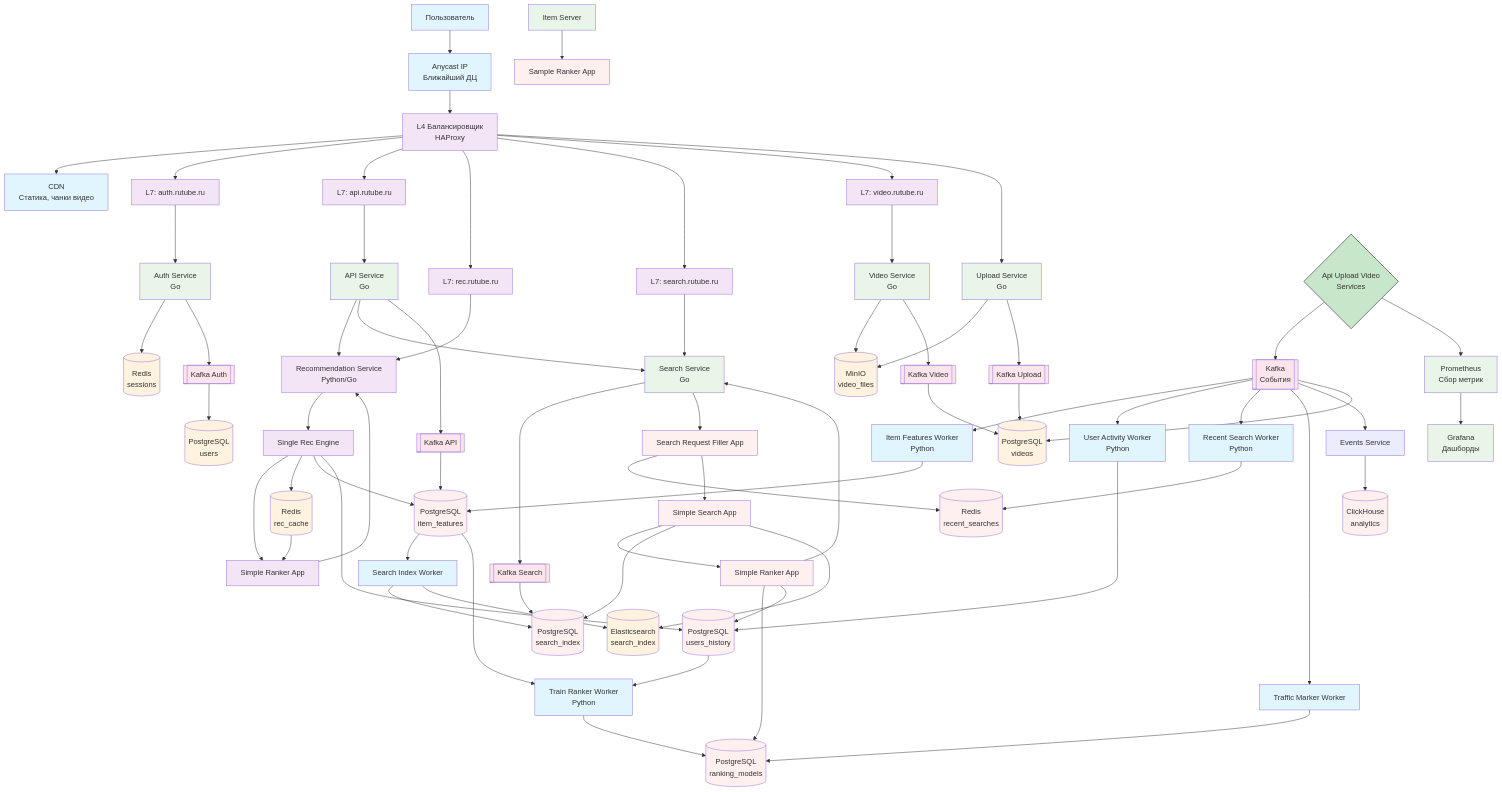
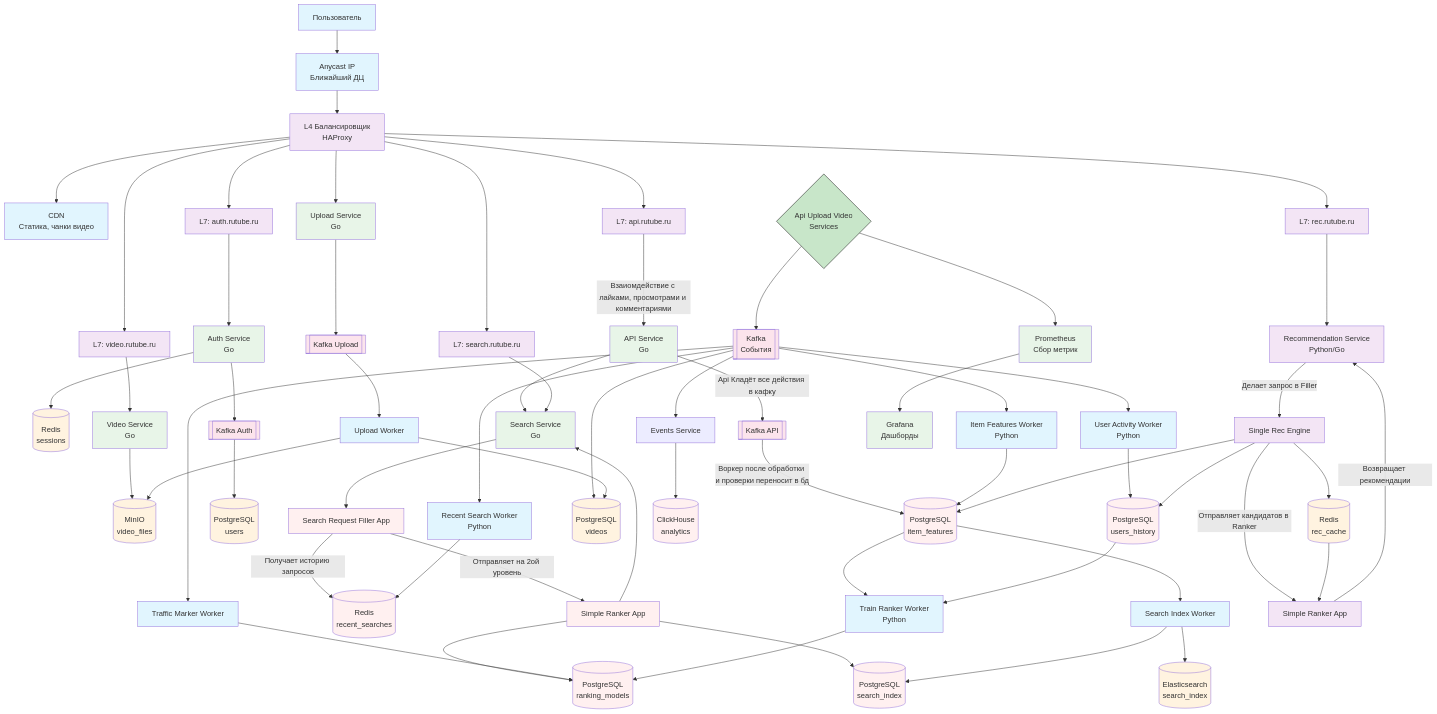
Before and after one commit to SH1SH4/VK-Education-Highload: the third of 3 diagrams in README.md, drawn with Mermaid. The commit also changed other lines of this file, not shown here.

````diff
--- a/README.md
+++ b/README.md
@@ -648,40 +607,39 @@
     L4_EXT --> CDN["CDN<br>Статика, чанки видео"] & L7_AUTH["L7: auth.rutube.ru"] & L7_API["L7: api.rutube.ru"] & L7_REC["L7: rec.rutube.ru"] & L7_SEARCH["L7: search.rutube.ru"] & n1["L7: video.rutube.ru"] & UPLOAD_SERVICE["Upload Service<br>Go"]
     L7_AUTH --> AUTH_SERVICE["Auth Service<br>Go"]
     AUTH_SERVICE --> REDIS[("Redis<br>sessions")] & KAFKA_AUTH[["Kafka Auth"]]
-    L7_API --> API_SERVICE["API Service<br>Go"]
-    API_SERVICE --> REC_SERVICE["Recommendation Service<br>Python/Go"] & SEARCH_SERVICE["Search Service<br>Go"] & KAFKA_API[["Kafka API"]]
-    VIDEO_SERVICE["Video Service<br>Go"] --> MINIO[("MinIO<br>video_files")] & KAFKA_VIDEO[["Kafka Video"]]
-    UPLOAD_SERVICE --> MINIO & KAFKA_UPLOAD[["Kafka Upload"]]
-    L7_REC --> REC_SERVICE
-    REC_SERVICE --> REC_ENGINE_SINGLE["Single Rec Engine"]
+    L7_API -- Взаиомдействие с лайками, просмотрами и комментариями --> API_SERVICE["API Service<br>Go"]
+    API_SERVICE --> SEARCH_SERVICE["Search Service<br>Go"]
+    API_SERVICE -- Api Кладёт все действия в кафку --> KAFKA_API[["Kafka API"]]
+    VIDEO_SERVICE["Video Service<br>Go"] --> MINIO[("MinIO<br>video_files")]
+    UPLOAD_SERVICE --> KAFKA_UPLOAD[["Kafka Upload"]]
+    L7_REC --> REC_SERVICE["Recommendation Service<br>Python/Go"]
+    REC_SERVICE -- Делает запрос в Filler --> REC_ENGINE_SINGLE["Single Rec Engine"]
     L7_SEARCH --> SEARCH_SERVICE
-    SEARCH_SERVICE --> KAFKA_SEARCH[["Kafka Search"]] & REQUEST_FILLER["Search Request Filler App"]
+    SEARCH_SERVICE --> REQUEST_FILLER["Search Request Filler App"]
     KAFKA_AUTH --> PG_AUTH[("PostgreSQL<br>users")]
-    KAFKA_API --> ITEM_FEATURES_DB[("PostgreSQL<br>item_features")]
-    KAFKA_VIDEO --> PG_VIDEO[("PostgreSQL<br>videos")]
-    KAFKA_UPLOAD --> PG_VIDEO
-    KAFKA_SEARCH --> SEARCH_INDEX_DB[("PostgreSQL<br>search_index")]
-    SEARCH_APP["Simple Search App"] --> SEARCH_RANKER["Simple Ranker App"] & SEARCH_INDEX_DB & ES[("Elasticsearch<br>search_index")]
-    SEARCH_RANKER --> RANKING_MODELS_DB[("PostgreSQL<br>ranking_models")] & SEARCH_SERVICE & USERS_HISTORY_DB[("PostgreSQL<br>users_history")]
-    REQUEST_FILLER --> RECENT_SEARCHES_DB[("Redis<br>recent_searches")] & SEARCH_APP
-    KAFKA[["Kafka<br>События"]] --> ITEM_FEATURES_WORKER["Item Features Worker<br>Python"] & USER_ACTIVITY_WORKER["User Activity Worker<br>Python"] & RECENT_SEARCH_WORKER["Recent Search Worker<br>Python"] & TRAFFIC_MARKER_WORKER["Traffic Marker Worker"] & EVENTS_SERVICE["Events Service"] & PG_VIDEO
+    KAFKA_API -- Воркер после обработки и проверки переносит в бд --> ITEM_FEATURES_DB[("PostgreSQL<br>item_features")]
+    KAFKA_UPLOAD --> n3["Upload Worker"]
+    SEARCH_RANKER["Simple Ranker App"] --> RANKING_MODELS_DB[("PostgreSQL<br>ranking_models")] & SEARCH_SERVICE & SEARCH_INDEX_DB[("PostgreSQL<br>search_index")]
+    REQUEST_FILLER -- "<span style=background-color:>Получает историю запросов</span>" --> RECENT_SEARCHES_DB[("Redis<br>recent_searches")]
+    KAFKA[["Kafka<br>События"]] --> ITEM_FEATURES_WORKER["Item Features Worker<br>Python"] & USER_ACTIVITY_WORKER["User Activity Worker<br>Python"] & RECENT_SEARCH_WORKER["Recent Search Worker<br>Python"] & TRAFFIC_MARKER_WORKER["Traffic Marker Worker"] & EVENTS_SERVICE["Events Service"] & PG_VIDEO[("PostgreSQL<br>videos")]
     ITEM_FEATURES_WORKER --> ITEM_FEATURES_DB
     ITEM_FEATURES_DB --> SEARCH_INDEX_WORKER["Search Index Worker"] & TRAIN_RANKER_WORKER["Train Ranker Worker<br>Python"]
-    SEARCH_INDEX_WORKER --> SEARCH_INDEX_DB & ES
-    USER_ACTIVITY_WORKER --> USERS_HISTORY_DB
+    SEARCH_INDEX_WORKER --> SEARCH_INDEX_DB & ES[("Elasticsearch<br>search_index")]
+    USER_ACTIVITY_WORKER --> USERS_HISTORY_DB[("PostgreSQL<br>users_history")]
     RECENT_SEARCH_WORKER --> RECENT_SEARCHES_DB
     TRAFFIC_MARKER_WORKER --> RANKING_MODELS_DB
     USERS_HISTORY_DB --> TRAIN_RANKER_WORKER
     TRAIN_RANKER_WORKER --> RANKING_MODELS_DB
     EVENTS_SERVICE --> DWH_DB[("ClickHouse<br>analytics")]
-    ITEM_SERVER["Item Server"] --> SAMPLE_RANKER_APP["Sample Ranker App"]
     PROMETHEUS["Prometheus<br>Сбор метрик"] --> GRAFANA["Grafana<br>Дашборды"]
     n1 --> VIDEO_SERVICE
     n2["Api Upload Video<br>Services"] --> KAFKA & PROMETHEUS
-    REC_ENGINE_RANKER["Simple Ranker App"] --> REC_SERVICE
-    REC_ENGINE_SINGLE --> REC_ENGINE_RANKER & REDIS_REC[("Redis<br>rec_cache")] & ITEM_FEATURES_DB
+    REC_ENGINE_RANKER["Simple Ranker App"] -- Возвращает рекомендации --> REC_SERVICE
+    REC_ENGINE_SINGLE -- Отправляет кандидатов в Ranker --> REC_ENGINE_RANKER
+    REC_ENGINE_SINGLE --> REDIS_REC[("Redis<br>rec_cache")] & ITEM_FEATURES_DB & USERS_HISTORY_DB
     REDIS_REC --> REC_ENGINE_RANKER
-    REC_ENGINE_SINGLE --> USERS_HISTORY_DB
+    n3 --> MINIO & PG_VIDEO
+    REQUEST_FILLER -- Отправляет на 2ой уровень --> SEARCH_RANKER
     n1@{ shape: rect}
     n2@{ shape: diam}
      EXT_USER:::external
@@ -698,42 +656,37 @@
      REDIS:::storage
      KAFKA_AUTH:::queue
      API_SERVICE:::service
-     REC_SERVICE:::recommendation
      SEARCH_SERVICE:::service
      KAFKA_API:::queue
      VIDEO_SERVICE:::service
      MINIO:::storage
-     KAFKA_VIDEO:::queue
      KAFKA_UPLOAD:::queue
+     REC_SERVICE:::recommendation
      REC_ENGINE_SINGLE:::recommendation
-     KAFKA_SEARCH:::queue
      REQUEST_FILLER:::search
      PG_AUTH:::storage
      ITEM_FEATURES_DB:::search
-     PG_VIDEO:::storage
-     SEARCH_INDEX_DB:::search
-     SEARCH_APP:::search
+     n3:::external
      SEARCH_RANKER:::search
-     ES:::storage
      RANKING_MODELS_DB:::search
      USERS_HISTORY_DB:::search
+     SEARCH_INDEX_DB:::search
      RECENT_SEARCHES_DB:::search
      KAFKA:::queue
      ITEM_FEATURES_WORKER:::ml
      USER_ACTIVITY_WORKER:::ml
      RECENT_SEARCH_WORKER:::ml
      TRAFFIC_MARKER_WORKER:::ml
+     PG_VIDEO:::storage
      SEARCH_INDEX_WORKER:::ml
      TRAIN_RANKER_WORKER:::ml
+     ES:::storage
      DWH_DB:::search
-     ITEM_SERVER:::service
-     SAMPLE_RANKER_APP:::search
      PROMETHEUS:::monitoring
      GRAFANA:::monitoring
      n2:::service
      REC_ENGINE_RANKER:::recommendation
      REDIS_REC:::storage
-    classDef external fill:#e1f5fe
     classDef loadbalancer fill:#f3e5f5
     classDef storage fill:#fff3e0
     classDef queue fill:#fce4ec
@@ -742,6 +695,7 @@
     classDef recommendation fill:#f3e5f5
     classDef search fill:#fff0f0
     classDef service fill:#e8f5e8
+    classDef external fill:#e1f5fe
     style n2 stroke:#000000,fill:#C8E6C9
 
 ```
````
